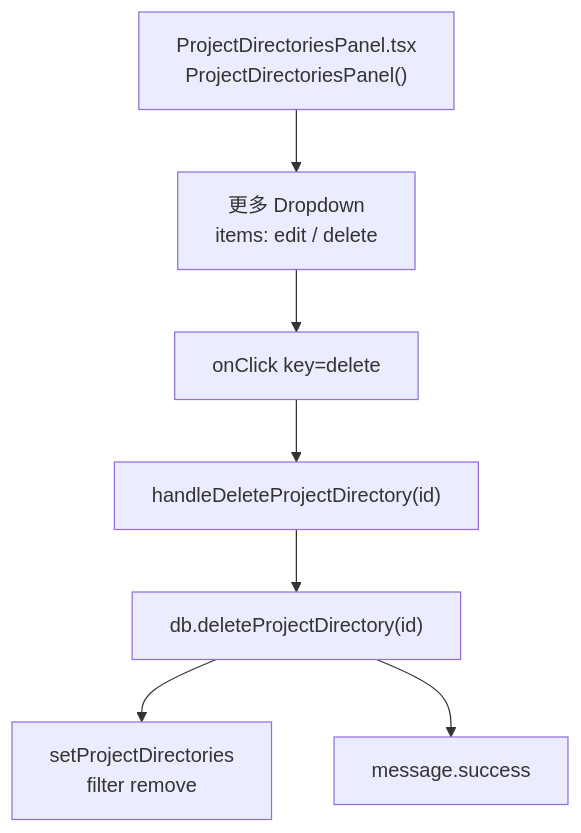
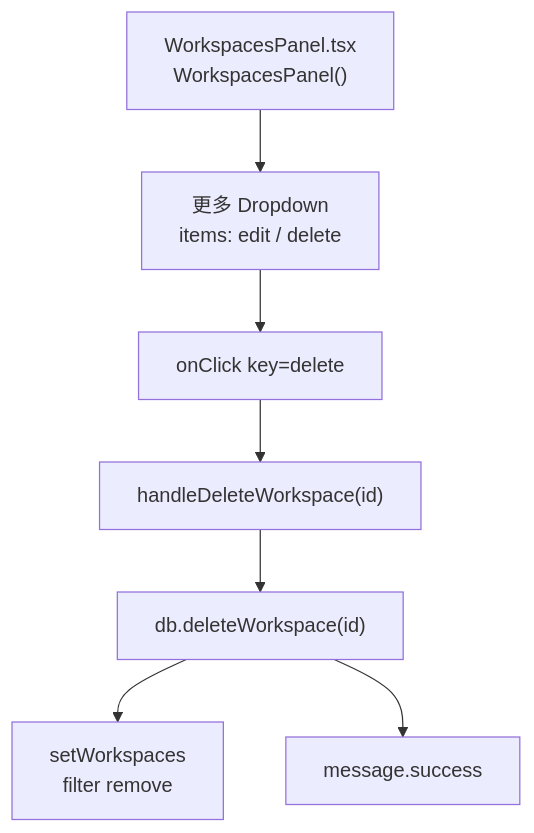
The second of 4 diagrams in frontend/src/help/pages/ws-delete.md (weibaohui/ntd), drawn with Mermaid before and after one commit. The commit also changed other lines of this file and 122 other files, not shown here.

First line of the commit message:
refactor(104): 工作空间命名统一——project_directory 全套改为 workspace (#1054)

````diff
--- a/frontend/src/help/pages/ws-delete.md
+++ b/frontend/src/help/pages/ws-delete.md
@@ -18,9 +18,9 @@
 ```mermaid
 flowchart TD
-  Panel["ProjectDirectoriesPanel.tsx<br>ProjectDirectoriesPanel()"] --> Dropdown["更多 Dropdown<br>items: edit / delete"]
+  Panel["WorkspacesPanel.tsx<br>WorkspacesPanel()"] --> Dropdown["更多 Dropdown<br>items: edit / delete"]
   Dropdown --> onClick["onClick key=delete"]
-  onClick --> handleDeleteProjectDirectory["handleDeleteProjectDirectory(id)"]
-  handleDeleteProjectDirectory --> db1["db.deleteProjectDirectory(id)"]
-  db1 --> setProjectDirectories["setProjectDirectories<br>filter remove"]
+  onClick --> handleDeleteWorkspace["handleDeleteWorkspace(id)"]
+  handleDeleteWorkspace --> db1["db.deleteWorkspace(id)"]
+  db1 --> setWorkspaces["setWorkspaces<br>filter remove"]
   db1 --> messageSuccess["message.success"]
 ```
````
